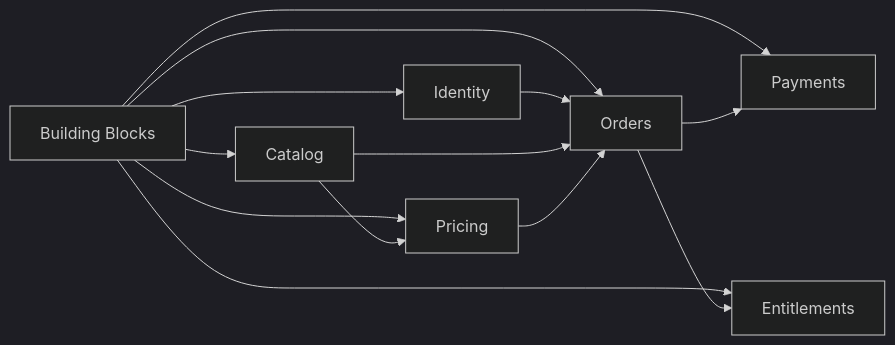
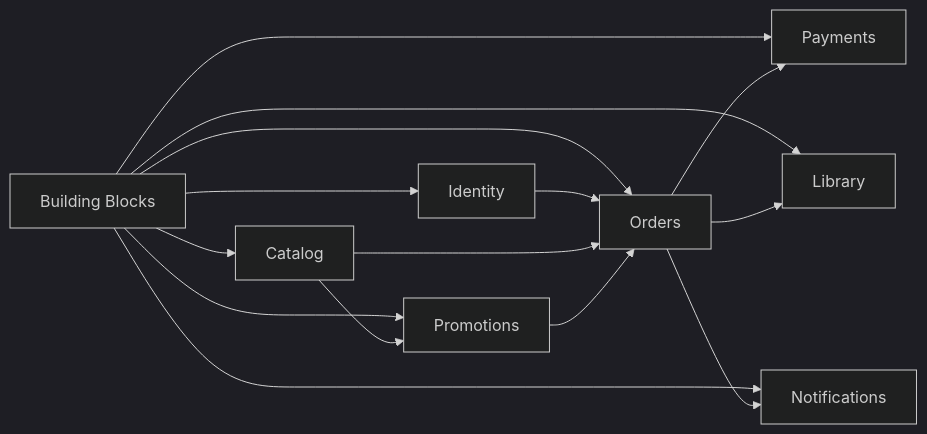
Before and after one commit to MarinsPedro/fcg-dotnet-building-blocks: the diagram in docs/architecture/migration-roadmap.md, drawn with Mermaid (dark theme). The commit also changed other lines of this file, not shown here.

Commit message:
docs-align-migration-roadmap-modules

````diff
--- a/docs/architecture/migration-roadmap.md
+++ b/docs/architecture/migration-roadmap.md
@@ -74,16 +104,18 @@
 ```mermaid
 flowchart LR
     BB[Building Blocks] --> Identity
     BB --> Catalog
-    BB --> Pricing
+    BB --> Promotions
     BB --> Orders
     BB --> Payments
-    BB --> Entitlements
+    BB --> Library
+    BB --> Notifications
 
     Identity --> Orders
-    Catalog --> Pricing
+    Catalog --> Promotions
     Catalog --> Orders
-    Pricing --> Orders
+    Promotions --> Orders
     Orders --> Payments
-    Orders --> Entitlements
+    Orders --> Library
+    Orders --> Notifications
 ```
````
